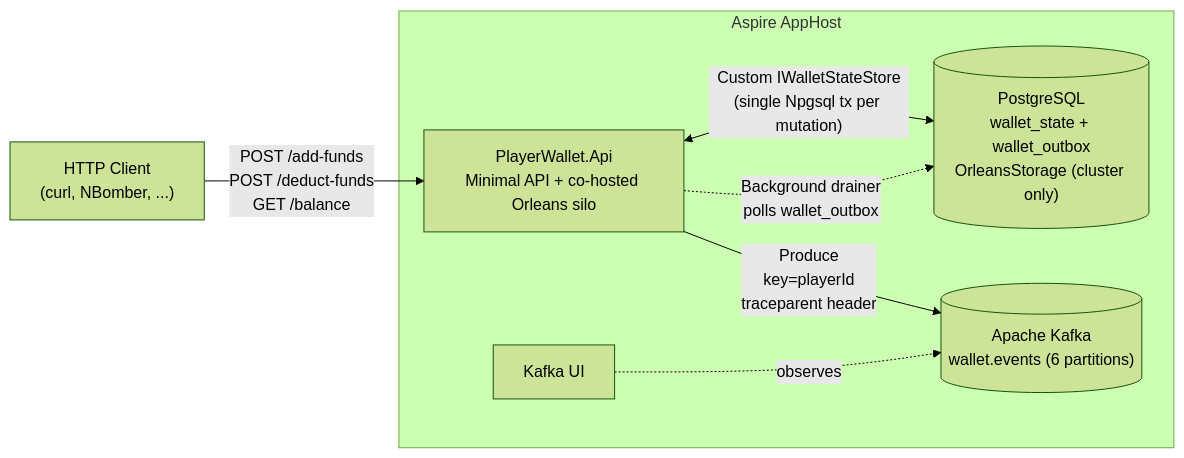
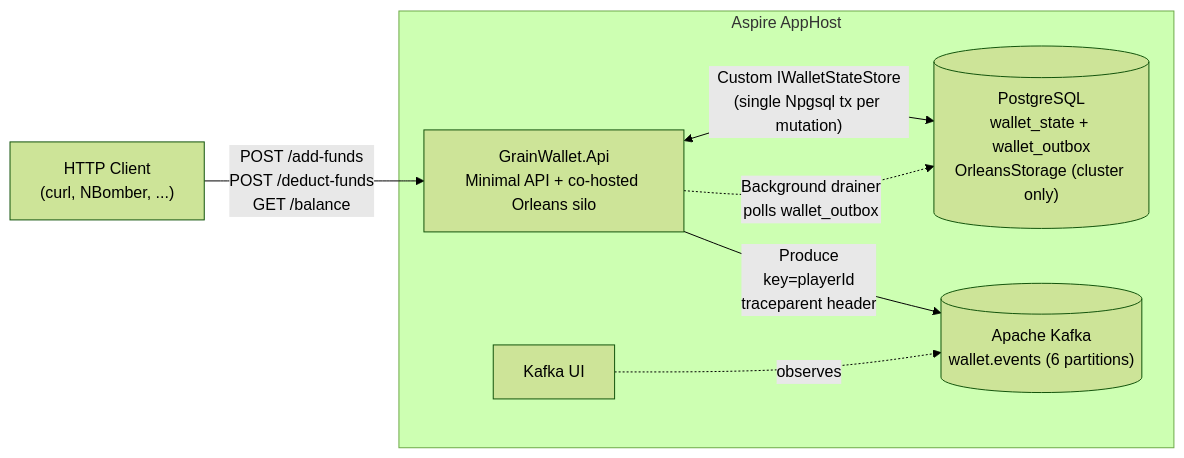
The first of 2 diagrams in v1/README.md (w1ck3ds0d4/PlayerWallet), drawn with Mermaid (forest theme) before and after one commit. The commit also changed other lines of this file and 305 other files, not shown here.

First line of the commit message:
(refactor) rename PlayerWallet to GrainWallet and patch MessagePack CVE (#28)

````diff
--- a/v1/README.md
+++ b/v1/README.md
@@ -12,17 +12,17 @@
 ```mermaid
 flowchart LR
     Client["HTTP Client<br/>(curl, NBomber, ...)"]
 
     subgraph AppHost["Aspire AppHost"]
-        Api["PlayerWallet.Api<br/>Minimal API + co-hosted Orleans silo"]
+        Api["GrainWallet.Api<br/>Minimal API + co-hosted Orleans silo"]
         Postgres[("PostgreSQL<br/>wallet_state + wallet_outbox<br/>OrleansStorage (cluster only)")]
         Kafka[("Apache Kafka<br/>wallet.events (6 partitions)")]
         KafkaUi["Kafka UI"]
     end
 
     Client -->|"POST /add-funds<br/>POST /deduct-funds<br/>GET  /balance"| Api
     Api <-->|"Custom IWalletStateStore<br/>(single Npgsql tx per mutation)"| Postgres
     Api -.->|"Background drainer<br/>polls wallet_outbox"| Postgres
     Api -->|"Produce<br/>key=playerId<br/>traceparent header"| Kafka
     KafkaUi -.observes.-> Kafka
 ```
````
